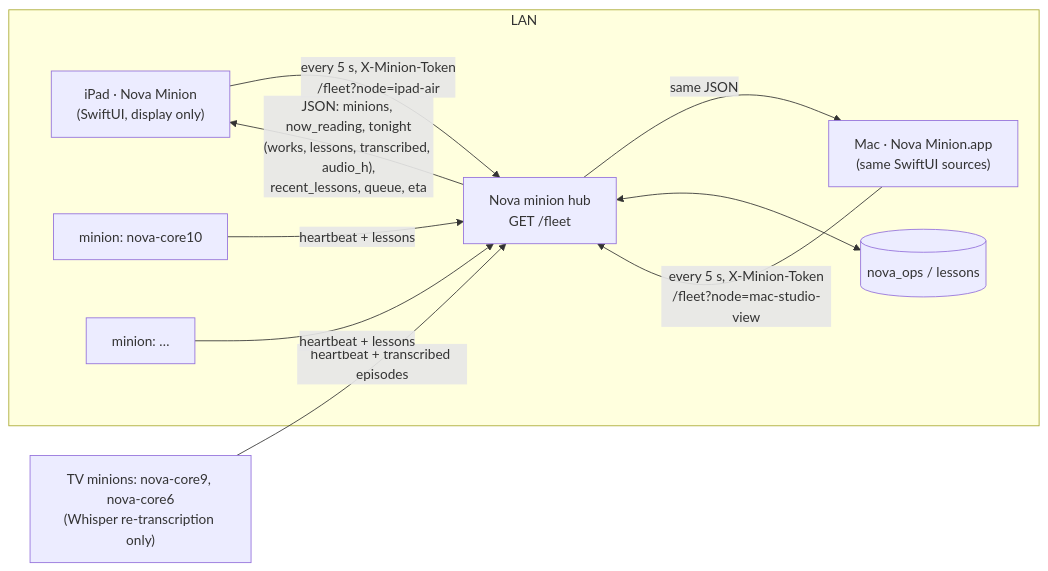
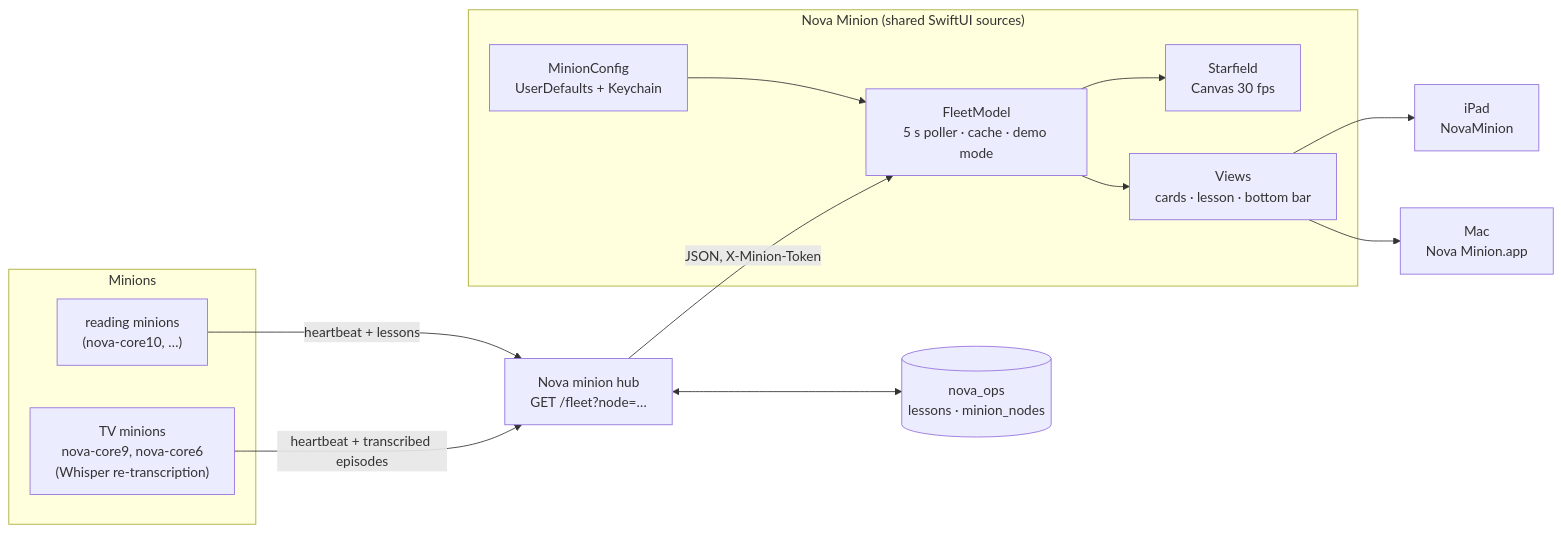
Before and after one commit to kochj23/nova: the first of 2 diagrams in apps/NovaMinionPad/README.md, drawn with Mermaid. The commit also changed other lines of this file and 2 other files, not shown here.

First line of the commit message:
NovaMinionPad/NovaMinionMac 1.0.1 (2): release build, README rewrite

````diff
--- a/apps/NovaMinionPad/README.md
+++ b/apps/NovaMinionPad/README.md
@@ -13,20 +47,23 @@
 ```mermaid
 flowchart LR
-    subgraph LAN
-        iPad["iPad · Nova Minion<br/>(SwiftUI, display only)"]
-        Mac["Mac · Nova Minion.app<br/>(same SwiftUI sources)"]
-        Hub["Nova minion hub<br/>GET /fleet"]
-        M1["minion: nova-core10"]
-        M2["minion: …"]
-        PG[("nova_ops / lessons")]
+    subgraph Fleet["Minions"]
+        M1["reading minions<br/>(nova-core10, …)"]
+        M3["TV minions<br/>nova-core9, nova-core6<br/>(Whisper re-transcription)"]
     end
-    iPad -- "every 5 s, X-Minion-Token<br/>/fleet?node=ipad-air" --> Hub
-    Mac -- "every 5 s, X-Minion-Token<br/>/fleet?node=mac-studio-view" --> Hub
-    Hub -- "JSON: minions, now_reading, tonight<br/>(works, lessons, transcribed, audio_h),<br/>recent_lessons, queue, eta" --> iPad
-    Hub -- same JSON --> Mac
-    M3["TV minions: nova-core9, nova-core6<br/>(Whisper re-transcription only)"]
+    Hub["Nova minion hub<br/>GET /fleet?node=…"]
+    PG[("nova_ops<br/>lessons · minion_nodes")]
+    M1 -- "heartbeat + lessons" --> Hub
     M3 -- "heartbeat + transcribed episodes" --> Hub
-    M1 -- heartbeat + lessons --> Hub
-    M2 -- heartbeat + lessons --> Hub
     Hub <--> PG
+    subgraph App["Nova Minion (shared SwiftUI sources)"]
+        CFG["MinionConfig<br/>UserDefaults + Keychain"]
+        FM["FleetModel<br/>5 s poller · cache · demo mode"]
+        SF["Starfield<br/>Canvas 30 fps"]
+        UI["Views<br/>cards · lesson · bottom bar"]
+    end
+    Hub -- "JSON, X-Minion-Token" --> FM
+    CFG --> FM
+    FM --> SF & UI
+    UI --> iPad["iPad<br/>NovaMinion"]
+    UI --> Mac["Mac<br/>Nova Minion.app"]
 ```
````
